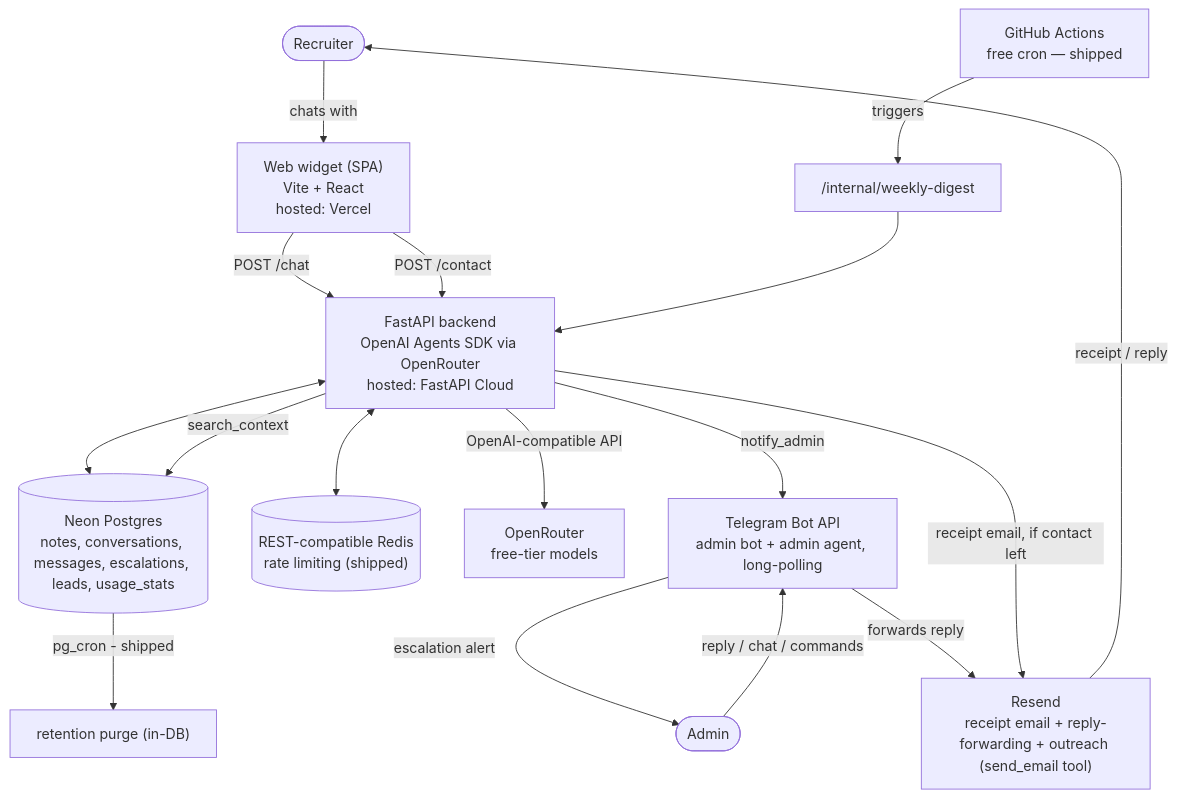
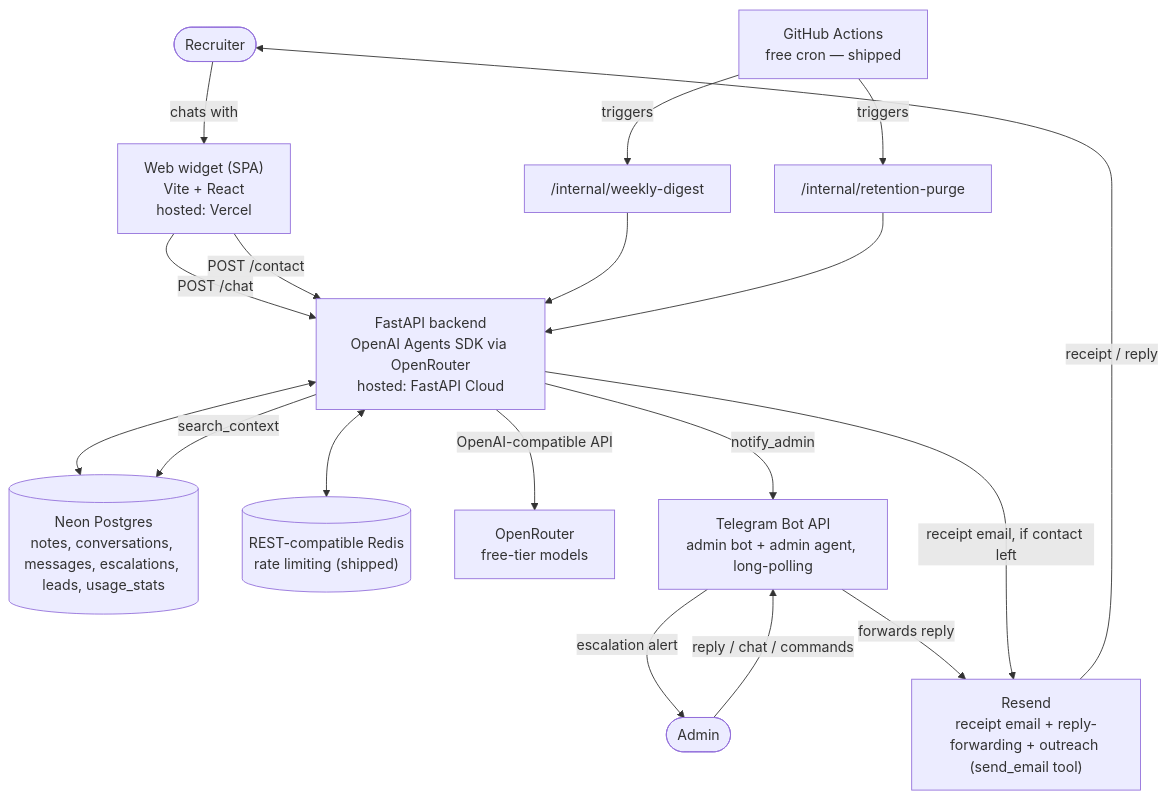
Before and after one commit to Chitresh-code/relay: the first of 2 diagrams in docs/ARCHITECTURE.md, drawn with Mermaid. The commit also changed other lines of this file and 7 other files, not shown here.

First line of the commit message:
chore(governance): move retention purge from pg_cron to GitHub Actions (#19)

````diff
--- a/docs/ARCHITECTURE.md
+++ b/docs/ARCHITECTURE.md
@@ -7,22 +7,23 @@
 ```mermaid
 flowchart TD
     Recruiter([Recruiter]) -->|chats with| Widget["Web widget (SPA)<br/>Vite + React<br/>hosted: Vercel"]
     Widget -->|POST /chat| Backend["FastAPI backend<br/>OpenAI Agents SDK via OpenRouter<br/>hosted: FastAPI Cloud"]
     Widget -->|POST /contact| Backend
 
     Backend <--> DB[("Neon Postgres<br/>notes, conversations, messages, escalations, leads, usage_stats")]
     Backend <--> Redis[("REST-compatible Redis<br/>rate limiting (shipped)")]
     Backend -->|OpenAI-compatible API| OpenRouter["OpenRouter<br/>free-tier models"]
 
     Backend -->|notify_admin| TG["Telegram Bot API<br/>admin bot + admin agent, long-polling"]
     Backend -->|search_context| DB
     TG -->|escalation alert| Admin([Admin])
     Admin -->|reply / chat / commands| TG
     TG -->|forwards reply| Resend["Resend<br/>receipt email + reply-forwarding + outreach (send_email tool)"]
     Backend -->|receipt email, if contact left| Resend
     Resend -->|receipt / reply| Recruiter
 
-    DB -->|"pg_cron - shipped"| Purge["retention purge (in-DB)"]
     Cron["GitHub Actions<br/>free cron — shipped"] -->|triggers| Digest["/internal/weekly-digest"]
+    Cron -->|triggers| Purge["/internal/retention-purge"]
     Digest --> Backend
+    Purge --> Backend
 ```
````
